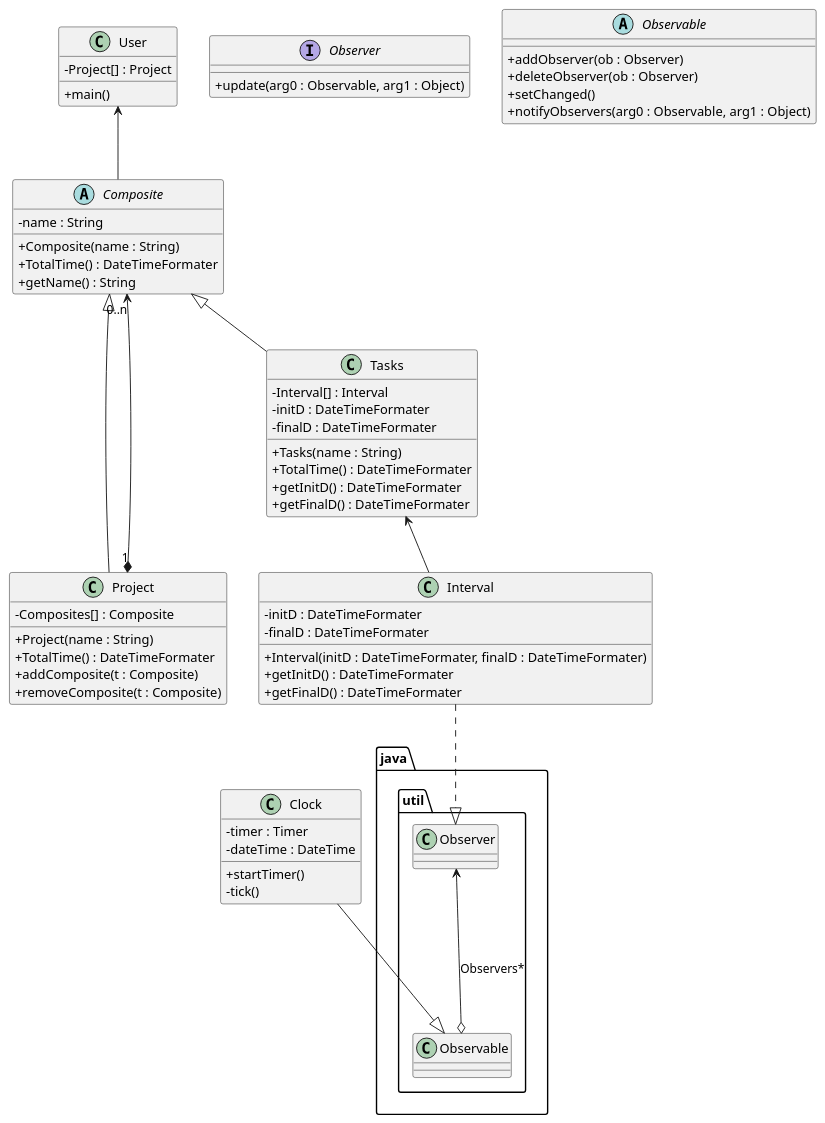
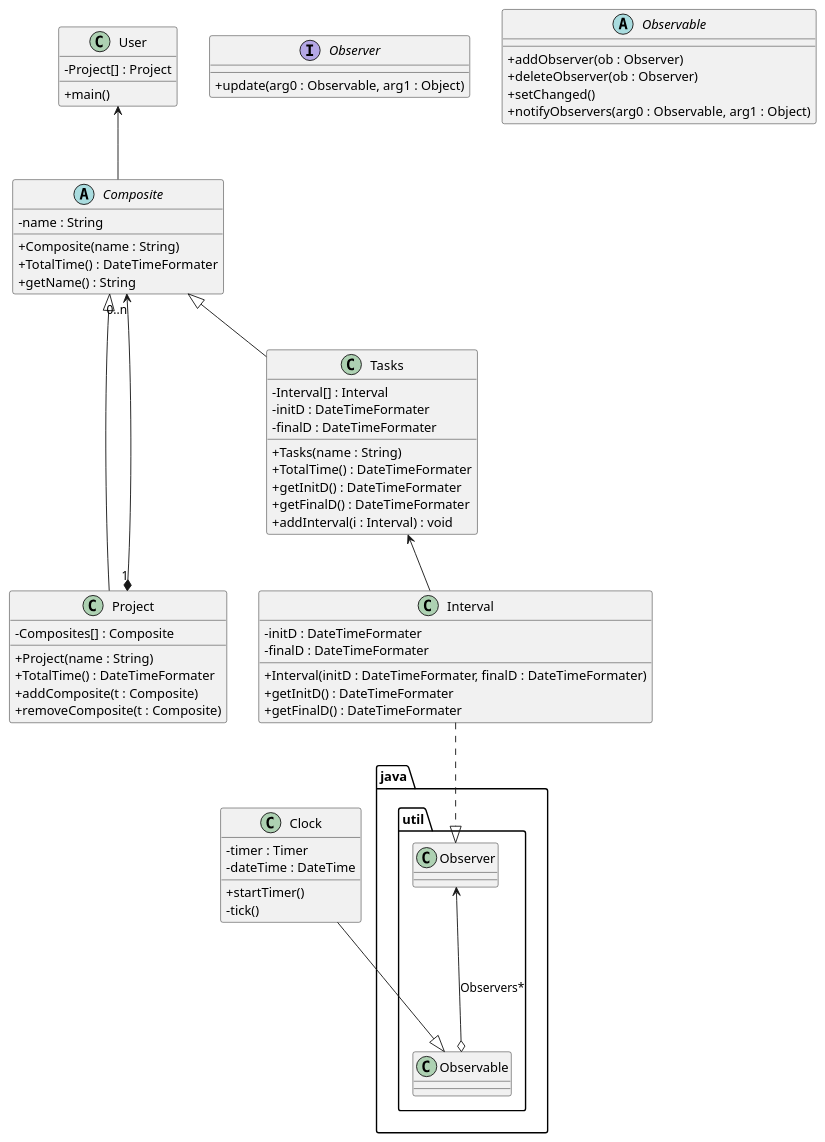
Before and after one commit to Jhonatanqt11/DS_proyecto: the diagram in TimeTracker/src/TimeTracker.puml, drawn with PlantUML. The commit also changed 2 other files, not shown here.

```diff
--- a/TimeTracker/src/TimeTracker.puml
+++ b/TimeTracker/src/TimeTracker.puml
@@ -1,78 +1,79 @@
 @startuml
 'https://plantuml.com/class-diagram
 
 skinparam classAttributeIconSize 0
 
 
 
 
 Composite -up-> User
 Project-up-|>Composite
 Tasks -up-|> Composite
 Project"1"*--->"0..n"Composite
 Tasks<--Interval
 
 package java.util{
 Observable o--up->Observer : Observers*
 }
 Clock---|>Observable
 Interval..|>Observer
 class User{
     -Project[] : Project
     +main()
 }
 Interface Observer{
     +update(arg0 : Observable, arg1 : Object)
 }
 Abstract Observable{
     +addObserver(ob : Observer)
     +deleteObserver(ob : Observer)
     +setChanged()
     +notifyObservers(arg0 : Observable, arg1 : Object)
 
 }
 class Project {
     -Composites[] : Composite
 
     +Project(name : String)
     +TotalTime() : DateTimeFormater
     +addComposite(t : Composite)
     +removeComposite(t : Composite)
 }
 class Tasks{
     -Interval[] : Interval
     -initD : DateTimeFormater
     -finalD : DateTimeFormater
 
 
     +Tasks(name : String)
     +TotalTime() : DateTimeFormater
     +getInitD() : DateTimeFormater
     +getFinalD() : DateTimeFormater
+    +addInterval(i : Interval) : void
 }
 
 abstract Composite{
     -name : String
 
 
     +Composite(name : String)
     +TotalTime() : DateTimeFormater
     +getName() : String
 }
 class Interval{
     -initD : DateTimeFormater
     -finalD : DateTimeFormater
 
     +Interval(initD : DateTimeFormater, finalD : DateTimeFormater)
     +getInitD() : DateTimeFormater
     +getFinalD() : DateTimeFormater
 }
 class Clock{
     -timer : Timer
     -dateTime : DateTime
     +startTimer()
     -tick()
 }
 
 
 @enduml
```
